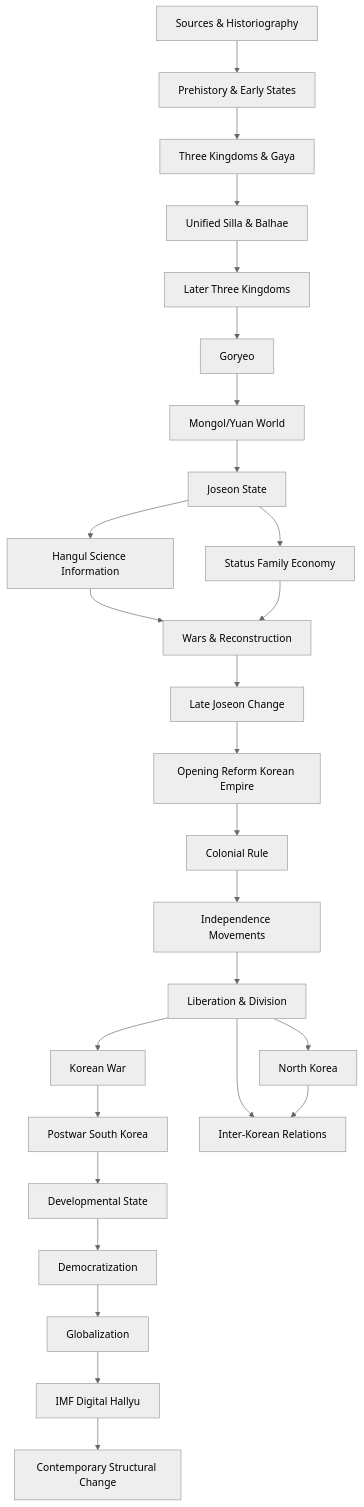
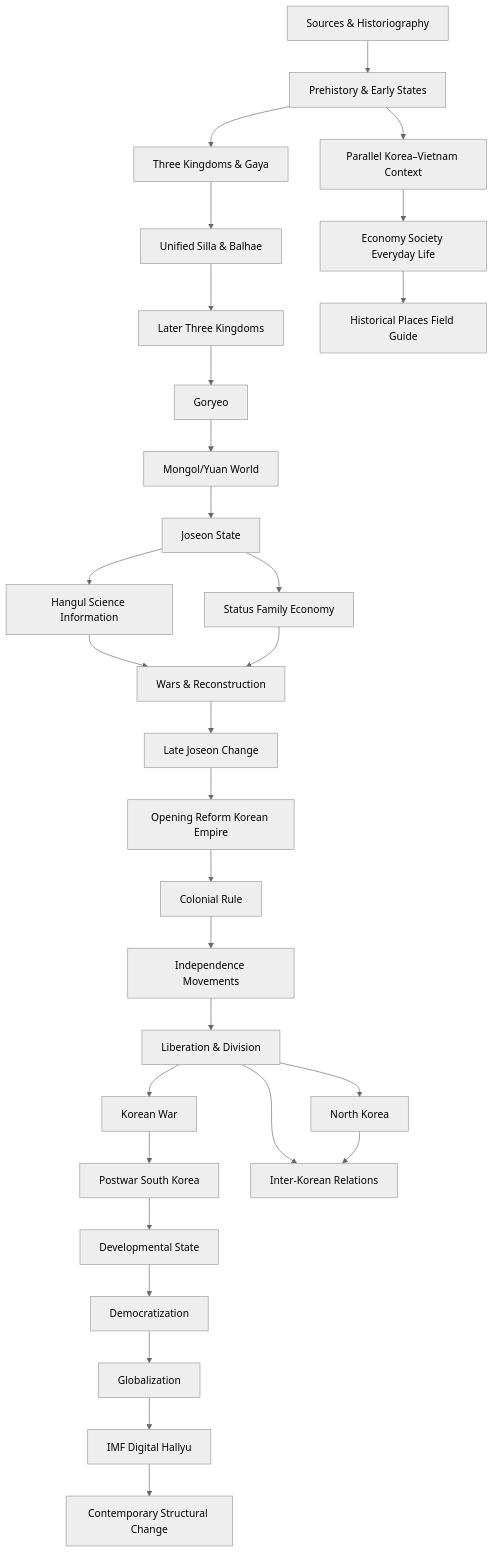
One commit to hunggtham/learning-docs changed the diagram in korean_history/00_index_and_dependency.md. Above: the diagram before and after it, drawn with Mermaid (neutral theme). The commit also changed other lines of this file and 5 other files, not shown here.

Commit message:
docs(history): add Vietnam context, economy and historical site layers

````diff
--- a/korean_history/00_index_and_dependency.md
+++ b/korean_history/00_index_and_dependency.md
@@ -83,29 +112,32 @@
 ```mermaid
 graph TD
     A[Sources & Historiography] --> B[Prehistory & Early States]
     B --> C[Three Kingdoms & Gaya]
     C --> D[Unified Silla & Balhae]
     D --> E[Later Three Kingdoms]
     E --> F[Goryeo]
     F --> G[Mongol/Yuan World]
     G --> H[Joseon State]
     H --> I[Hangul Science Information]
     H --> J[Status Family Economy]
     I --> K[Wars & Reconstruction]
     J --> K
     K --> L[Late Joseon Change]
     L --> M[Opening Reform Korean Empire]
     M --> N[Colonial Rule]
     N --> O[Independence Movements]
     O --> P[Liberation & Division]
     P --> Q[Korean War]
     P --> R[North Korea]
     Q --> S[Postwar South Korea]
     S --> T[Developmental State]
     T --> U[Democratization]
     U --> V[Globalization]
     V --> W[IMF Digital Hallyu]
     W --> X[Contemporary Structural Change]
     P --> Y[Inter-Korean Relations]
     R --> Y
+    B --> Z[Parallel Korea–Vietnam Context]
+    Z --> ZA[Economy Society Everyday Life]
+    ZA --> ZB[Historical Places Field Guide]
 ```
````
